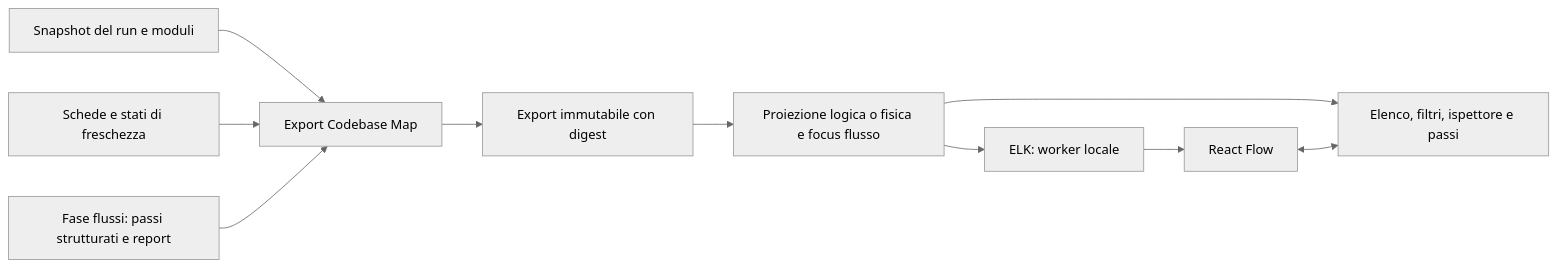
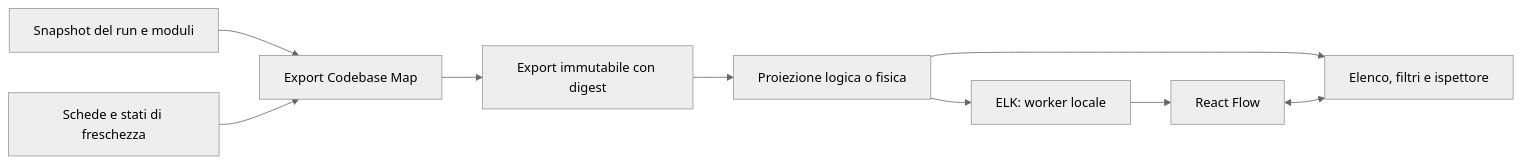
The diagram in docs/adr/2026-11-07-codebase-explorer.md (acaprino/daodan), drawn with Mermaid (neutral theme) before and after one commit. The commit also changed other lines of this file and 2 other files, not shown here.

First line of the commit message:
docs: explorer della codebase senza flussi e proposte dei componenti di Daodan

````diff
--- a/docs/adr/2026-11-07-codebase-explorer.md
+++ b/docs/adr/2026-11-07-codebase-explorer.md
@@ -16,12 +16,11 @@
 ```mermaid
 flowchart LR
   S[Snapshot del run e moduli] --> E[Export Codebase Map]
   C[Schede e stati di freschezza] --> E
-  F[Fase flussi: passi strutturati e report] --> E
   E --> J[Export immutabile con digest]
-  J --> P[Proiezione logica o fisica e focus flusso]
+  J --> P[Proiezione logica o fisica]
   P --> W[ELK: worker locale]
   W --> R[React Flow]
-  P --> I[Elenco, filtri, ispettore e passi]
+  P --> I[Elenco, filtri e ispettore]
   R <--> I
 ```
````
